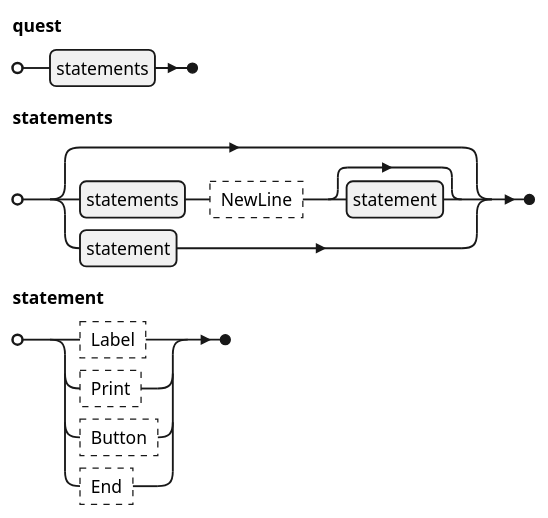
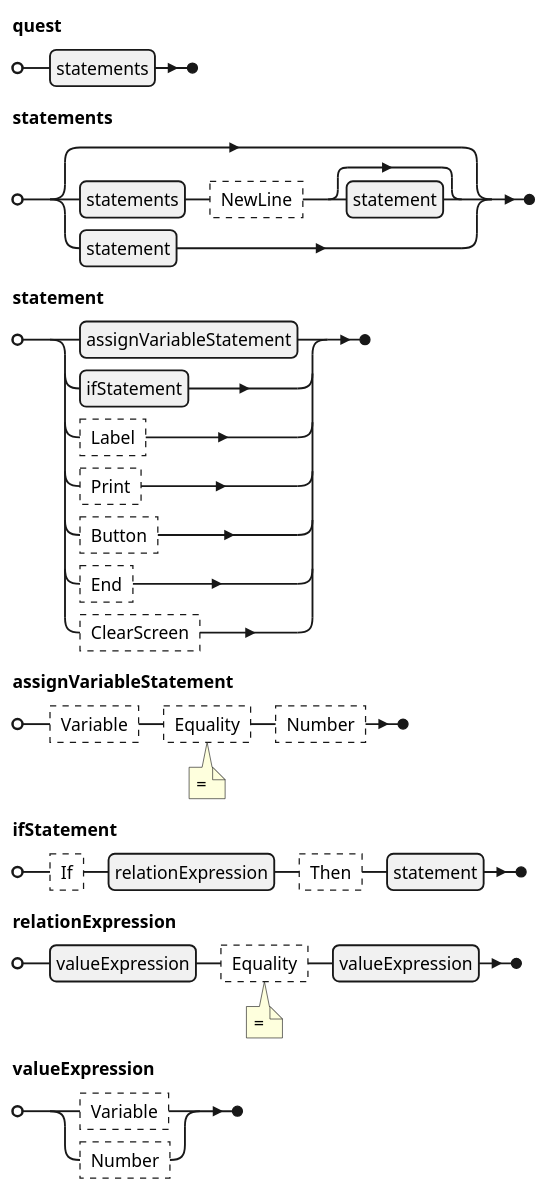
The first of 4 diagrams in Application/MURQ.URQL/docs/URQL Syntax.md (realsonic/MURQ), drawn with PlantUML before and after one commit. The commit also changed other lines of this file and 99 other files, not shown here.

````diff
--- a/Application/MURQ.URQL/docs/URQL Syntax.md
+++ b/Application/MURQ.URQL/docs/URQL Syntax.md
@@ -2,15 +2,27 @@
 ```plantuml
 @startebnf URQL
 quest = statements;
 
 statements = [
         statements, ? NewLine ?, [statement]
         | statement
     ];
 
-statement = ? Label ?
+statement = 
+      assignVariableStatement
+    | ifStatement
+    | ? Label ?
     | ? Print ?
     | ? Button ?
-    | ? End ?;
+    | ? End ?
+    | ? ClearScreen ?;
+
+assignVariableStatement = ? Variable ?,  ? Equality ? (*""=""*), ? Number ?;
+
+ifStatement = ? If ?, relationExpression, ? Then ?, statement;
+
+relationExpression = valueExpression, ? Equality ? (*""=""*), valueExpression;
+
+valueExpression = ? Variable ? | ? Number ?;
 @endebnf
 ```
````
